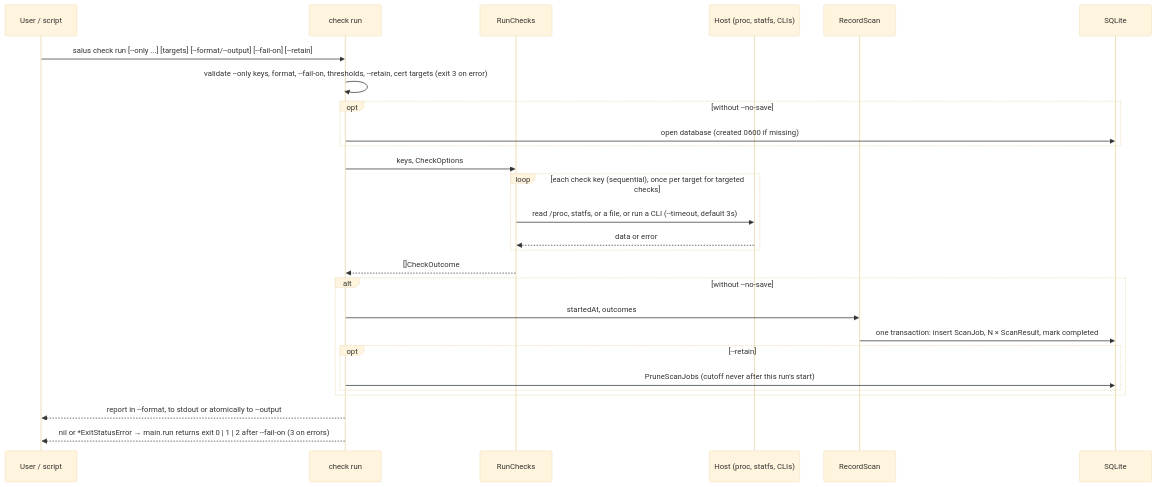
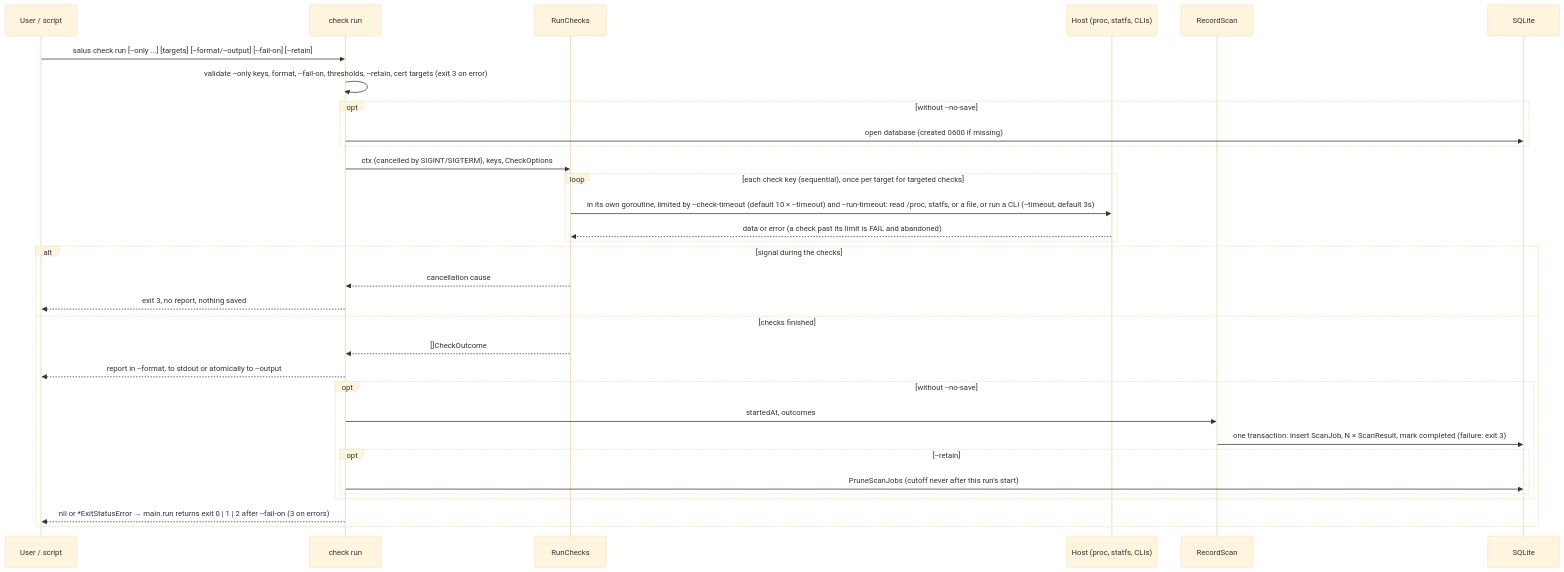
The second of 3 diagrams in intel/map.md (jabbott-iii/Salus), drawn with Mermaid (base theme) before and after one commit. The commit also changed other lines of this file and 30 other files, not shown here.

````diff
--- a/intel/map.md
+++ b/intel/map.md
@@ -147,30 +164,35 @@
 ```mermaid
 sequenceDiagram
     participant U as User / script
     participant CLI as check run
     participant C as RunChecks
     participant H as Host (proc, statfs, CLIs)
     participant S as RecordScan
     participant DB as SQLite
 
     U->>CLI: salus check run [--only ...] [targets] [--format/--output] [--fail-on] [--retain]
     CLI->>CLI: validate --only keys, format, --fail-on, thresholds, --retain, cert targets (exit 3 on error)
     opt without --no-save
         CLI->>DB: open database (created 0600 if missing)
     end
-    CLI->>C: keys, CheckOptions
+    CLI->>C: ctx (cancelled by SIGINT/SIGTERM), keys, CheckOptions
     loop each check key (sequential), once per target for targeted checks
-        C->>H: read /proc, statfs, or a file, or run a CLI (--timeout, default 3s)
-        H-->>C: data or error
+        C->>H: in its own goroutine, limited by --check-timeout (default 10 × --timeout) and --run-timeout: read /proc, statfs, or a file, or run a CLI (--timeout, default 3s)
+        H-->>C: data or error (a check past its limit is FAIL and abandoned)
     end
-    C-->>CLI: []CheckOutcome
-    alt without --no-save
-        CLI->>S: startedAt, outcomes
-        S->>DB: one transaction: insert ScanJob, N × ScanResult, mark completed
-        opt --retain
-            CLI->>DB: PruneScanJobs (cutoff never after this run's start)
+    alt signal during the checks
+        C-->>CLI: cancellation cause
+        CLI-->>U: exit 3, no report, nothing saved
+    else checks finished
+        C-->>CLI: []CheckOutcome
+        CLI-->>U: report in --format, to stdout or atomically to --output
+        opt without --no-save
+            CLI->>S: startedAt, outcomes
+            S->>DB: one transaction: insert ScanJob, N × ScanResult, mark completed (failure: exit 3)
+            opt --retain
+                CLI->>DB: PruneScanJobs (cutoff never after this run's start)
+            end
         end
+        CLI-->>U: nil or *ExitStatusError → main.run returns exit 0 | 1 | 2 after --fail-on (3 on errors)
     end
-    CLI-->>U: report in --format, to stdout or atomically to --output
-    CLI-->>U: nil or *ExitStatusError → main.run returns exit 0 | 1 | 2 after --fail-on (3 on errors)
 ```
````
